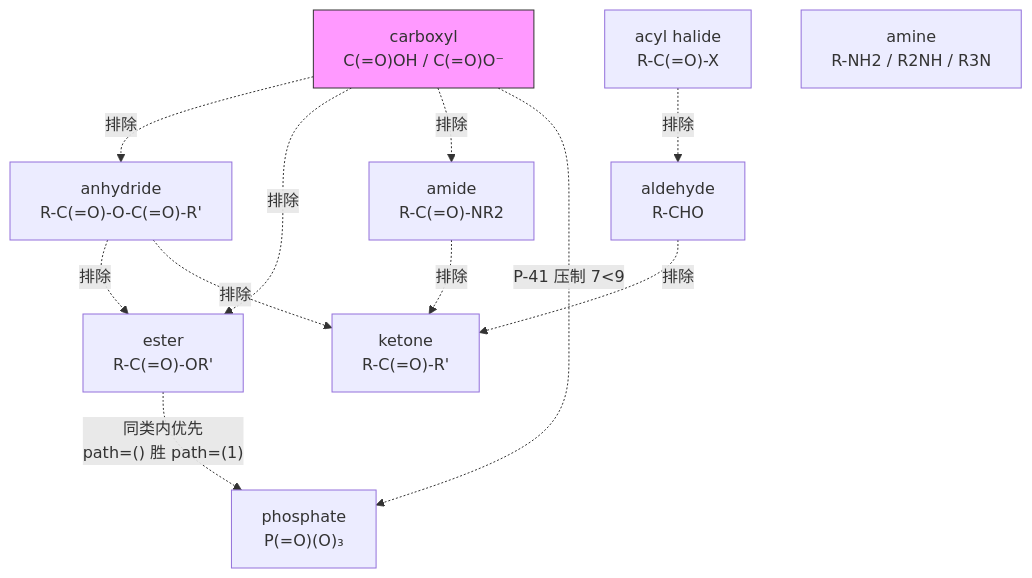
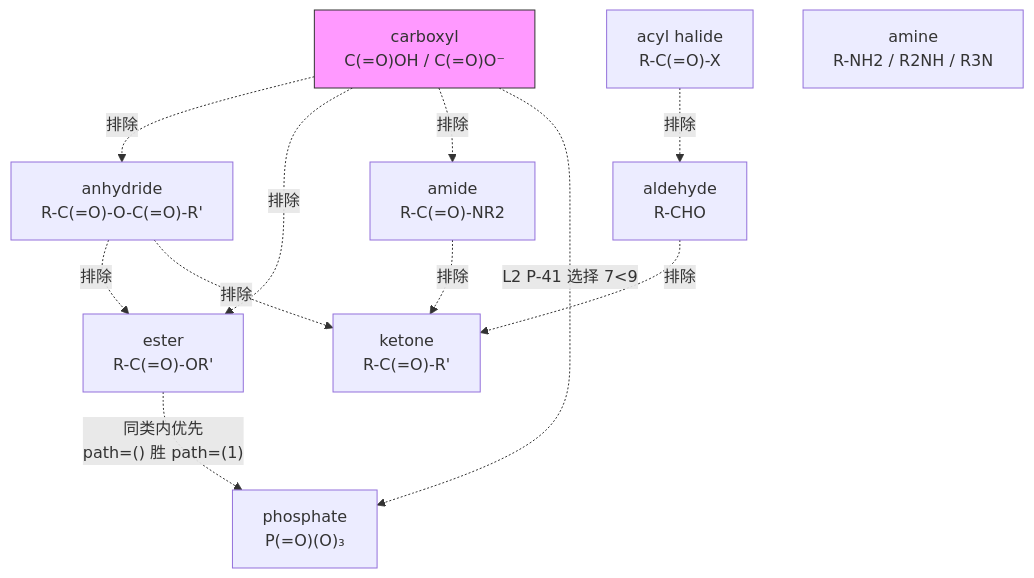
Before and after one commit to zouxiaofei1/OpenSMILES: the second of 2 diagrams in docs/wiki/architecture/layer1-analyzer.md, drawn with Mermaid. The commit also changed other lines of this file and 18 other files, not shown here.

````diff
--- a/docs/wiki/architecture/layer1-analyzer.md
+++ b/docs/wiki/architecture/layer1-analyzer.md
@@ -299,25 +295,25 @@
 ```mermaid
 flowchart TD
     CARBOXYL["carboxyl<br/>C(=O)OH / C(=O)O⁻"]
     ANHYDRIDE["anhydride<br/>R-C(=O)-O-C(=O)-R'"]
     ESTER["ester<br/>R-C(=O)-OR'"]
     AMIDE["amide<br/>R-C(=O)-NR2"]
     KETONE["ketone<br/>R-C(=O)-R'"]
     ALDEHYDE["aldehyde<br/>R-CHO"]
     ACYL_HALIDE["acyl halide<br/>R-C(=O)-X"]
     AMINE["amine<br/>R-NH2 / R2NH / R3N"]
     PHOSPHATE["phosphate<br/>P(=O)(O)₃"]
 
     CARBOXYL -.->|"排除"| ANHYDRIDE
     CARBOXYL -.->|"排除"| ESTER
     CARBOXYL -.->|"排除"| AMIDE
     ANHYDRIDE -.->|"排除"| ESTER
     ANHYDRIDE -.->|"排除"| KETONE
     ACYL_HALIDE -.->|"排除"| ALDEHYDE
     AMIDE -.->|"排除"| KETONE
     ALDEHYDE -.->|"排除"| KETONE
-    CARBOXYL -.->|"P-41 压制 7<9"| PHOSPHATE
+    CARBOXYL -.->|"L2 P-41 选择 7<9"| PHOSPHATE
     ESTER -.->|"同类内优先<br/>path=() 胜 path=(1)"| PHOSPHATE
 
     style CARBOXYL fill:#f9f,stroke:#333
 ```
````
